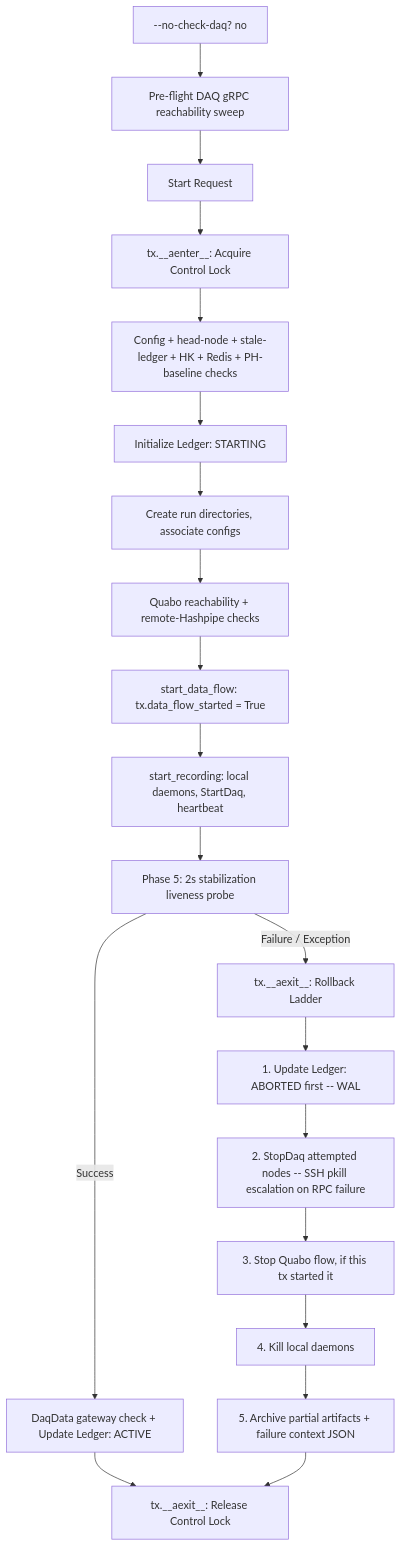
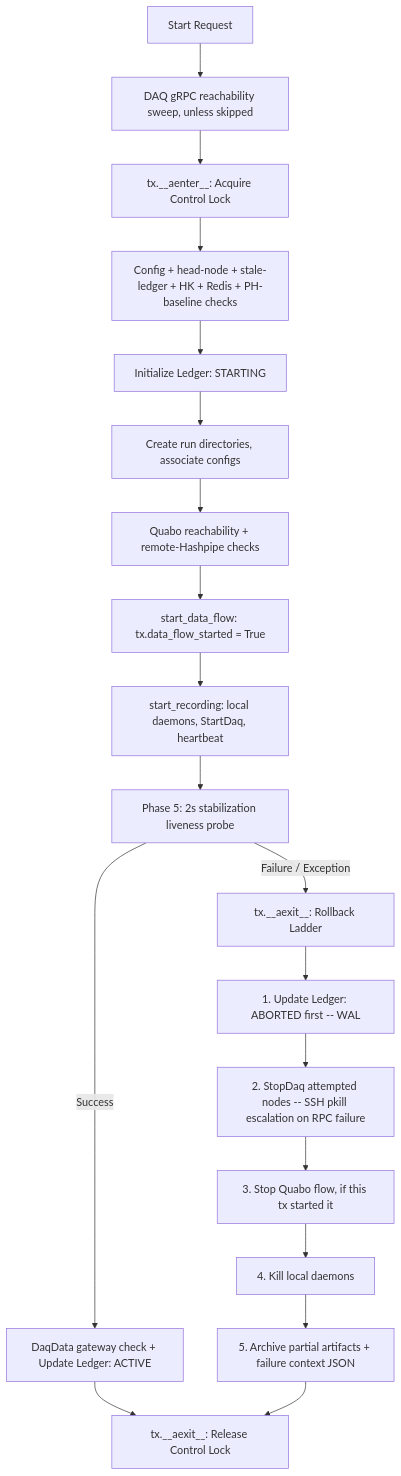
The first of 4 diagrams in control/TRANSACTIONS.md (panoseti/panoseti), drawn with Mermaid before and after one commit. The commit also changed other lines of this file, not shown here.

Commit message:
fix: Mermaid lexer error from literal -- inside edge/node labels
Same fix as the wiki page: "D4 -- Yes, not --no-transfer -->" and a
couple other spots embedded a literal -- inside edge/decision-node label
text, which collides with Mermaid's own edge-arrow tokens and breaks
GitHub's renderer (reported live against the published wiki page).
Reworded to describe the condition instead of the literal CLI flag
syntax -- the flags are already named in the surrounding prose.

````diff
--- a/control/TRANSACTIONS.md
+++ b/control/TRANSACTIONS.md
@@ -131,21 +131,21 @@
 ```mermaid
 flowchart TD
-    Z[--no-check-daq? no] --> A0[Pre-flight DAQ gRPC reachability sweep]
-    A0 --> A[Start Request] --> B[tx.__aenter__: Acquire Control Lock]
+    A[Start Request] --> A0[DAQ gRPC reachability sweep, unless skipped]
+    A0 --> B[tx.__aenter__: Acquire Control Lock]
     B --> C0[Config + head-node + stale-ledger + HK + Redis + PH-baseline checks]
     C0 --> C1[Initialize Ledger: STARTING]
     C1 --> C2[Create run directories, associate configs]
     C2 --> C3[Quabo reachability + remote-Hashpipe checks]
     C3 --> D0[start_data_flow: tx.data_flow_started = True]
     D0 --> D[start_recording: local daemons, StartDaq, heartbeat]
     D --> D5[Phase 5: 2s stabilization liveness probe]
     D5 -- Success --> E[DaqData gateway check + Update Ledger: ACTIVE]
     E --> F[tx.__aexit__: Release Control Lock]
     D5 -- Failure / Exception --> G[tx.__aexit__: Rollback Ladder]
     G --> G1[1. Update Ledger: ABORTED first -- WAL]
     G1 --> G2[2. StopDaq attempted nodes -- SSH pkill escalation on RPC failure]
     G2 --> G3[3. Stop Quabo flow, if this tx started it]
     G3 --> G4[4. Kill local daemons]
     G4 --> G5[5. Archive partial artifacts + failure context JSON]
     G5 --> F
 ```
````
